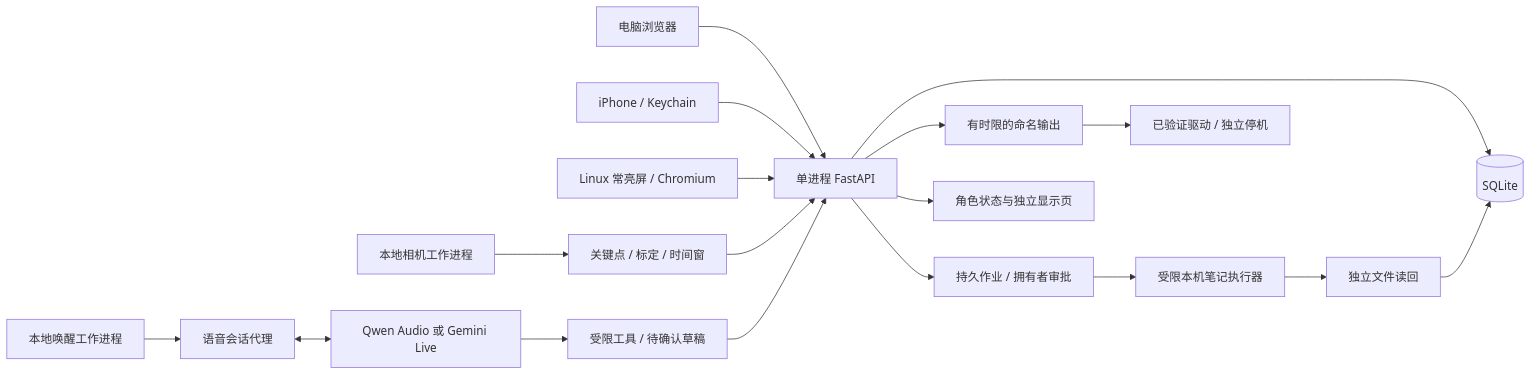
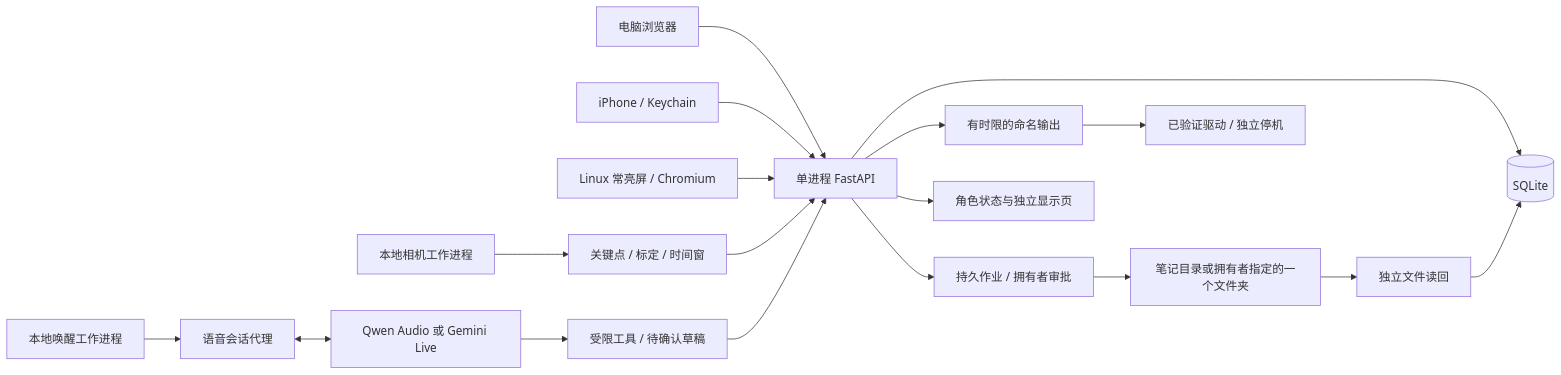
One commit to tantalum666/FYP changed the diagram in desk-companion/docs/architecture.md. Above: the diagram before and after it, drawn with Mermaid. The commit also changed other lines of this file and 19 other files, not shown here.

````diff
--- a/desk-companion/docs/architecture.md
+++ b/desk-companion/docs/architecture.md
@@ -7,20 +9,20 @@
 ```mermaid
 flowchart LR
   Web[电脑浏览器] --> API[单进程 FastAPI]
   Phone[iPhone / Keychain] --> API
   Screen[Linux 常亮屏 / Chromium] --> API
   API --> DB[(SQLite)]
   Camera[本地相机工作进程] --> Pose[关键点 / 标定 / 时间窗]
   Pose --> API
   Wake[本地唤醒工作进程] --> Voice[语音会话代理]
   Voice <--> Provider[Qwen Audio 或 Gemini Live]
   Provider --> Tools[受限工具 / 待确认草稿]
   Tools --> API
   API --> Jobs[持久作业 / 拥有者审批]
-  Jobs --> Executor[受限本机笔记执行器]
+  Jobs --> Executor[笔记目录或拥有者指定的一个文件夹]
   Executor --> Verify[独立文件读回]
   Verify --> DB
   API --> Queue[有时限的命名输出]
   Queue --> Driver[已验证驱动 / 独立停机]
   API --> Avatar[角色状态与独立显示页]
 ```
````
